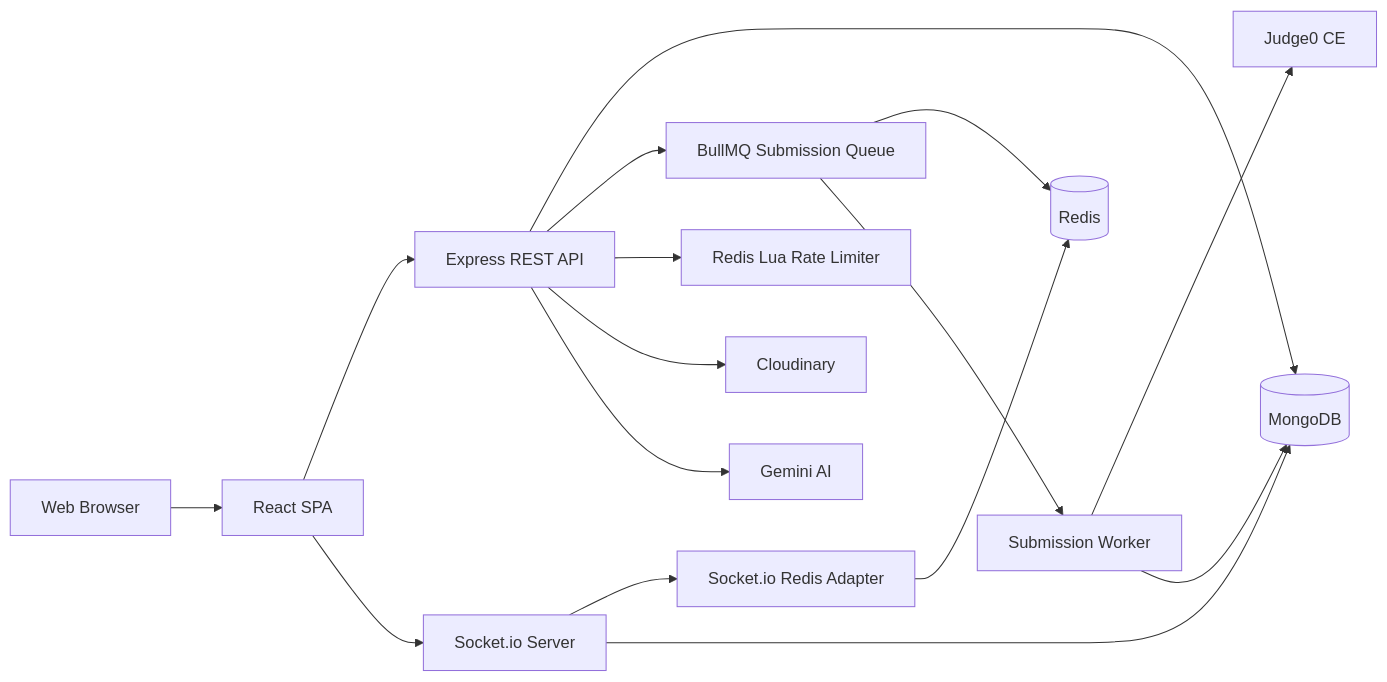
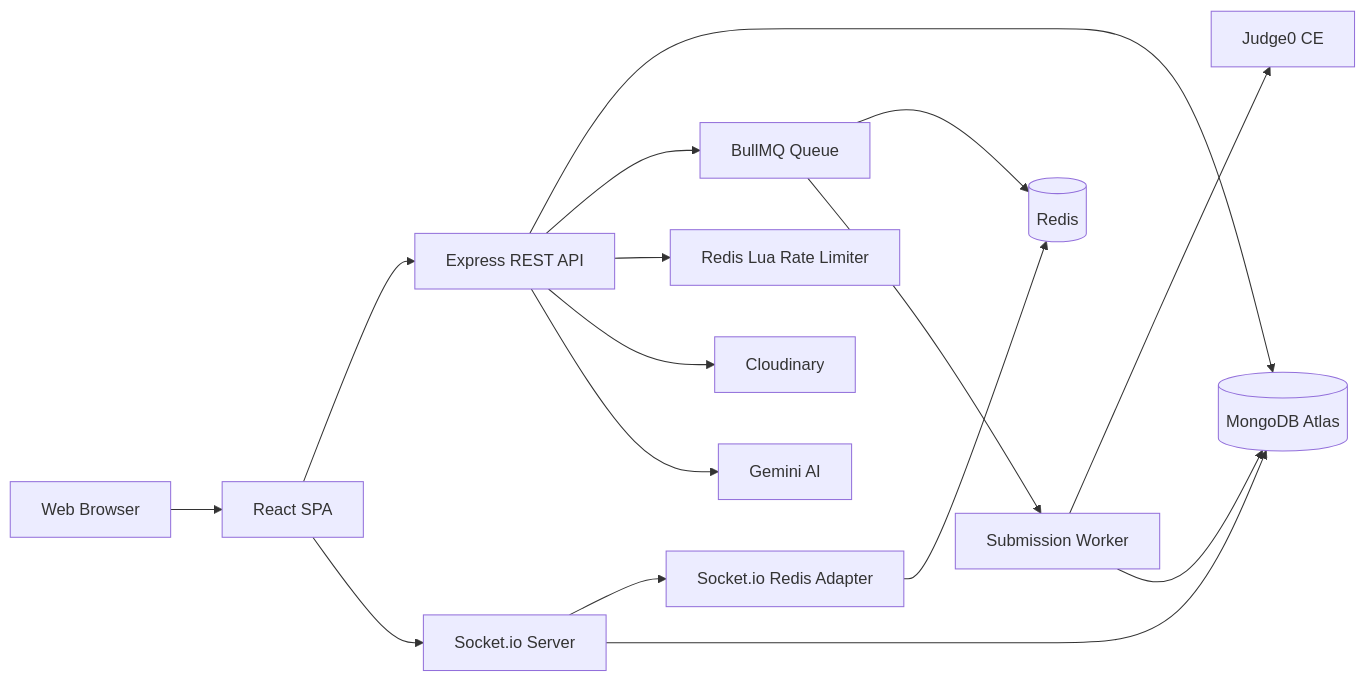
Before and after one commit to manishs72660-collab/codermaster-project: the diagram in readme.md, drawn with Mermaid. The commit also changed other lines of this file, not shown here.

````diff
--- a/readme.md
+++ b/readme.md
@@ -66,20 +101,21 @@
 ```mermaid
 graph LR
     Client[Web Browser] --> Frontend[React SPA]
     Frontend --> API[Express REST API]
     Frontend --> WS[Socket.io Server]
 
-    API --> MongoDB[(MongoDB)]
-    API --> Queue[BullMQ Submission Queue]
+    API --> MongoDB[(MongoDB Atlas)]
+    API --> Queue[BullMQ Queue]
     Queue --> Redis[(Redis)]
     Queue --> Worker[Submission Worker]
     Worker --> Judge0[Judge0 CE]
     Worker --> MongoDB
+
     API --> RateLimit[Redis Lua Rate Limiter]
     API --> Cloudinary[Cloudinary]
     API --> Gemini[Gemini AI]
 
     WS --> Adapter[Socket.io Redis Adapter]
     Adapter --> Redis
     WS --> MongoDB
 ```
````
